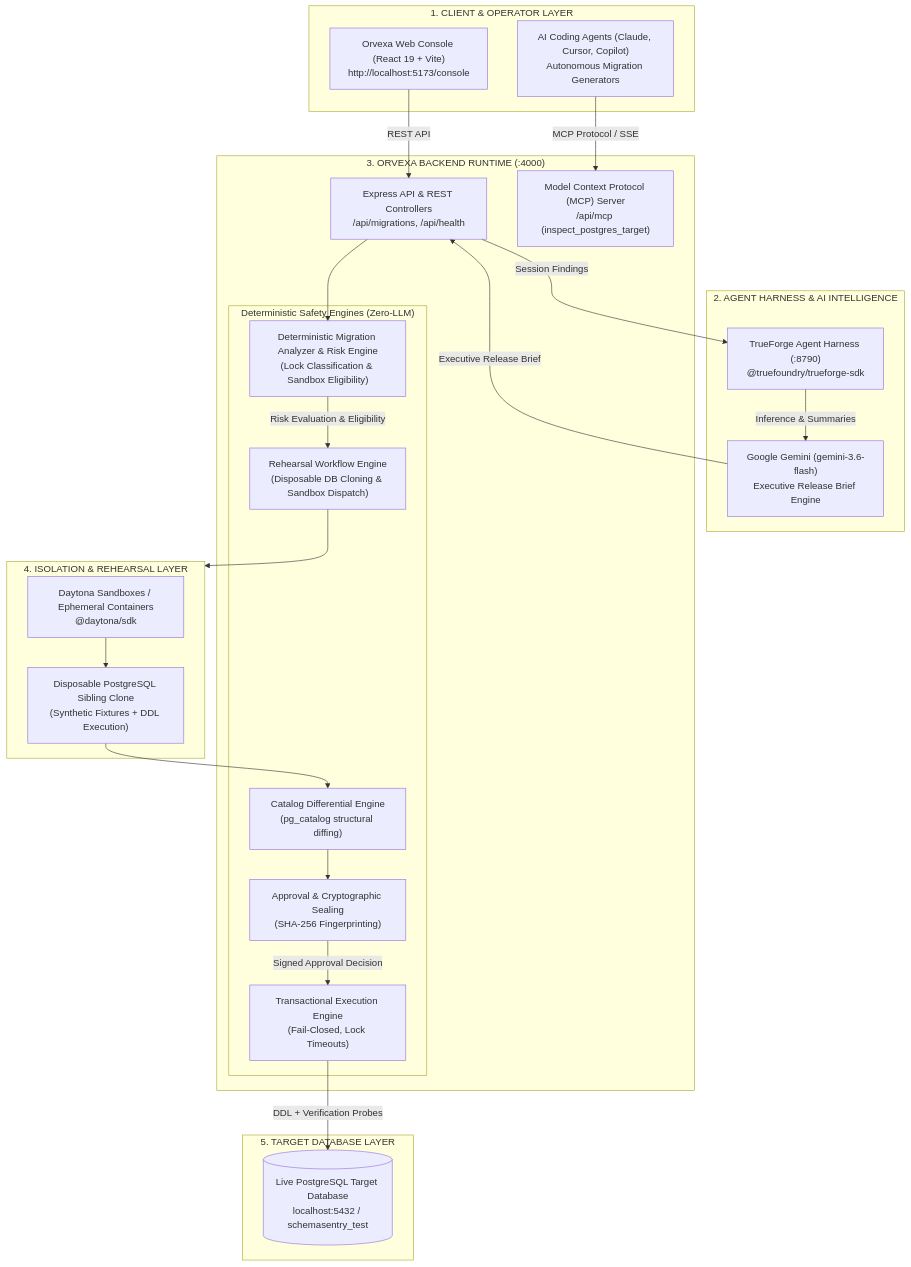
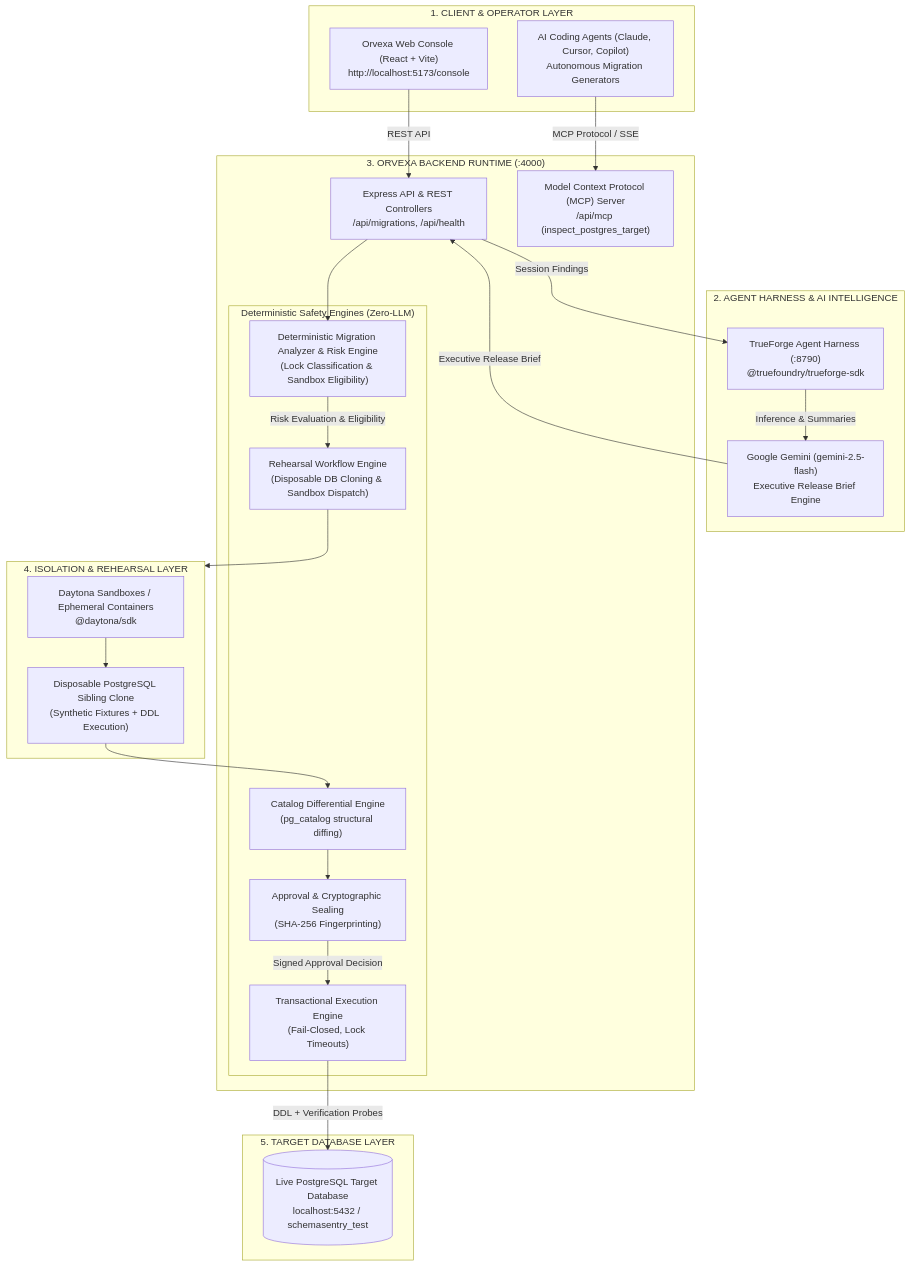
One commit to toufiqfarhan0/Orvexa changed the diagram in README.md. Above: the diagram before and after it, drawn with Mermaid. The commit also changed other lines of this file, not shown here.

Commit message:
docs: update sleek executive README without emojis

````diff
--- a/README.md
+++ b/README.md
@@ -258,51 +290,51 @@
 ```mermaid
 flowchart TB
     subgraph ClientLayer ["1. CLIENT & OPERATOR LAYER"]
-        WebUI["Orvexa Web Console (React 19 + Vite)<br/>http://localhost:5173/console"]
+        WebUI["Orvexa Web Console (React + Vite)<br/>http://localhost:5173/console"]
         AIAgents["AI Coding Agents (Claude, Cursor, Copilot)<br/>Autonomous Migration Generators"]
     end
 
     subgraph AgentHarness ["2. AGENT HARNESS & AI INTELLIGENCE"]
         TrueForge["TrueForge Agent Harness (:8790)<br/>@truefoundry/trueforge-sdk"]
-        Gemini["Google Gemini (gemini-3.6-flash)<br/>Executive Release Brief Engine"]
+        Gemini["Google Gemini (gemini-2.5-flash)<br/>Executive Release Brief Engine"]
     end
 
     subgraph ServerLayer ["3. ORVEXA BACKEND RUNTIME (:4000)"]
         APIServer["Express API & REST Controllers<br/>/api/migrations, /api/health"]
         MCPServer["Model Context Protocol (MCP) Server<br/>/api/mcp (inspect_postgres_target)"]
 
         subgraph CoreEngines ["Deterministic Safety Engines (Zero-LLM)"]
             AnalyzerEngine["Deterministic Migration Analyzer & Risk Engine<br/>(Lock Classification & Sandbox Eligibility)"]
             RehearsalEngine["Rehearsal Workflow Engine<br/>(Disposable DB Cloning & Sandbox Dispatch)"]
             DiffEngine["Catalog Differential Engine<br/>(pg_catalog structural diffing)"]
             GateEngine["Approval & Cryptographic Sealing<br/>(SHA-256 Fingerprinting)"]
             ExecEngine["Transactional Execution Engine<br/>(Fail-Closed, Lock Timeouts)"]
         end
     end
 
     subgraph IsolationLayer ["4. ISOLATION & REHEARSAL LAYER"]
         Daytona["Daytona Sandboxes / Ephemeral Containers<br/>@daytona/sdk"]
         RehearsalDB["Disposable PostgreSQL Sibling Clone<br/>(Synthetic Fixtures + DDL Execution)"]
     end
 
     subgraph ProductionLayer ["5. TARGET DATABASE LAYER"]
         TargetDB[(Live PostgreSQL Target Database<br/>localhost:5432 / schemasentry_test)]
     end
 
     %% Flows
     WebUI -->|REST API| APIServer
     AIAgents -->|MCP Protocol / SSE| MCPServer
     APIServer -->|Session Findings| TrueForge
     TrueForge -->|Inference & Summaries| Gemini
     Gemini -->|Executive Release Brief| APIServer
 
     APIServer --> AnalyzerEngine
     AnalyzerEngine -->|Risk Evaluation & Eligibility| RehearsalEngine
     RehearsalEngine --> IsolationLayer
     Daytona --> RehearsalDB
     RehearsalDB --> DiffEngine
     DiffEngine --> GateEngine
 
     GateEngine -->|Signed Approval Decision| ExecEngine
     ExecEngine -->|DDL + Verification Probes| TargetDB
 ```
````
